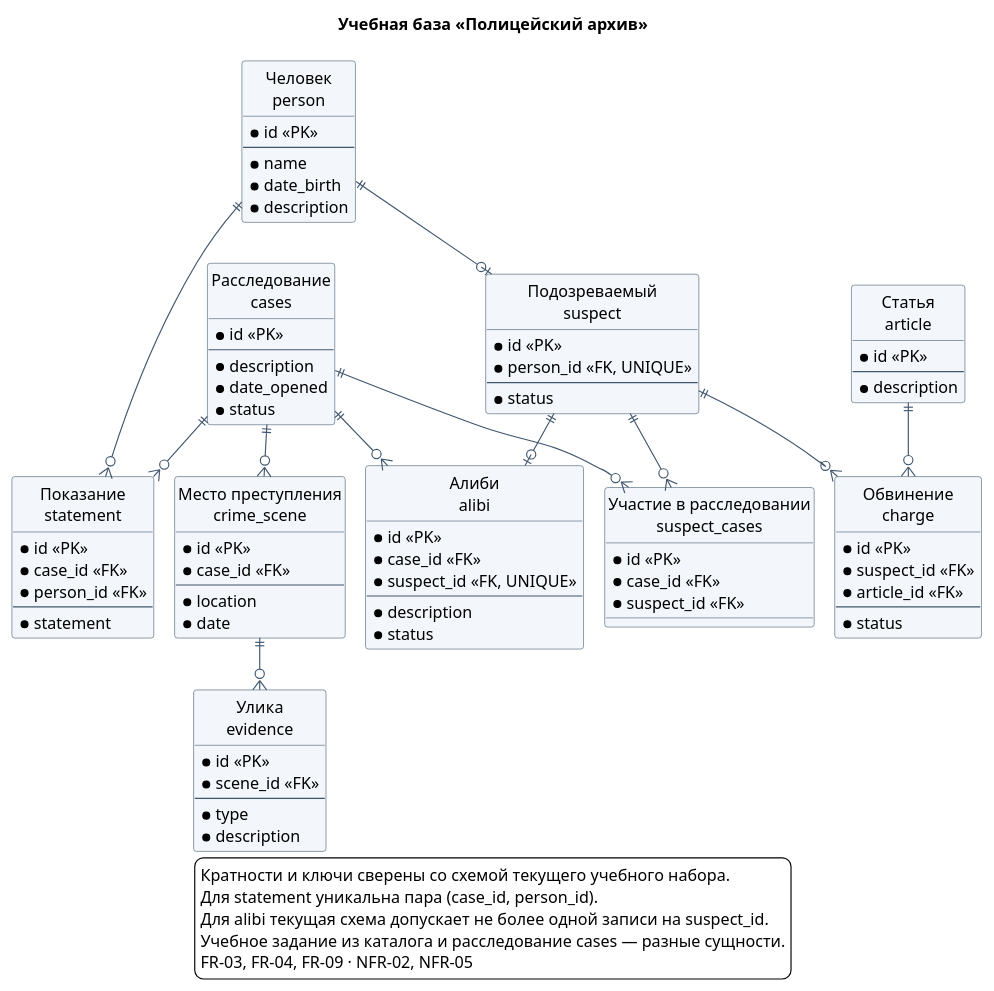
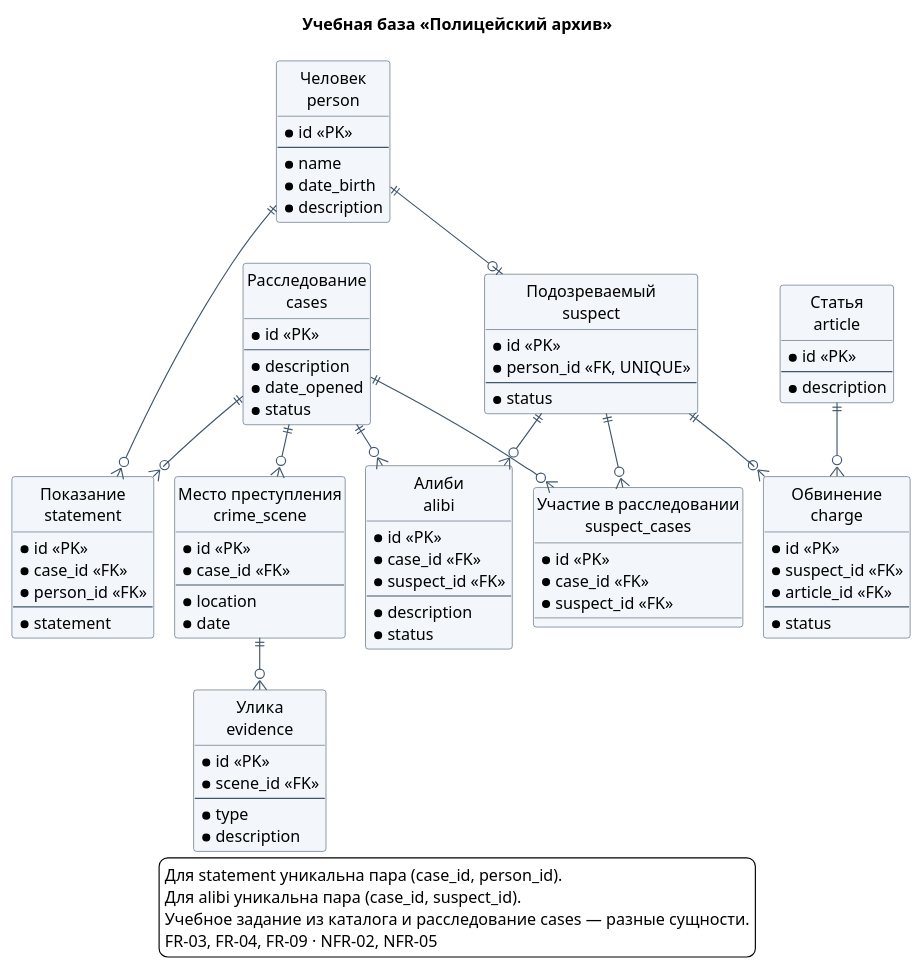
The diagram in assets/investigation-data.puml (cicada-pops/vkr), drawn with PlantUML before and after one commit. The commit also changed 17 other files, not shown here.

```diff
--- a/assets/investigation-data.puml
+++ b/assets/investigation-data.puml
@@ -1,97 +1,96 @@
 @startuml
 !pragma layout smetana
 skinparam defaultFontName Arial
 skinparam defaultFontSize 14
 skinparam backgroundColor white
 skinparam shadowing false
 skinparam linetype ortho
 skinparam classBackgroundColor #F3F6FA
 skinparam classBorderColor #40566D
 skinparam ArrowColor #40566D
 hide circle
 title Учебная база «Полицейский архив»
 entity "Расследование\ncases" as Case {
   * id <<PK>>
   --
   * description
   * date_opened
   * status
 }
 entity "Место преступления\ncrime_scene" as Scene {
   * id <<PK>>
   * case_id <<FK>>
   --
   * location
   * date
 }
 entity "Улика\nevidence" as Evidence {
   * id <<PK>>
   * scene_id <<FK>>
   --
   * type
   * description
 }
 entity "Человек\nperson" as Person {
   * id <<PK>>
   --
   * name
   * date_birth
   * description
 }
 entity "Показание\nstatement" as Statement {
   * id <<PK>>
   * case_id <<FK>>
   * person_id <<FK>>
   --
   * statement
 }
 entity "Подозреваемый\nsuspect" as Suspect {
   * id <<PK>>
   * person_id <<FK, UNIQUE>>
   --
   * status
 }
 entity "Участие в расследовании\nsuspect_cases" as Participation {
   * id <<PK>>
   * case_id <<FK>>
   * suspect_id <<FK>>
 }
 entity "Алиби\nalibi" as Alibi {
   * id <<PK>>
   * case_id <<FK>>
-  * suspect_id <<FK, UNIQUE>>
+  * suspect_id <<FK>>
   --
   * description
   * status
 }
 entity "Обвинение\ncharge" as Charge {
   * id <<PK>>
   * suspect_id <<FK>>
   * article_id <<FK>>
   --
   * status
 }
 entity "Статья\narticle" as Article {
   * id <<PK>>
   --
   * description
 }
 Case ||--o{ Scene
 Scene ||--o{ Evidence
 Case ||--o{ Statement
 Person ||--o{ Statement
 Person ||--o| Suspect
 Case ||--o{ Participation
 Suspect ||--o{ Participation
 Case ||--o{ Alibi
-Suspect ||--o| Alibi
+Suspect ||--o{ Alibi
 Suspect ||--o{ Charge
 Article ||--o{ Charge
 legend bottom
-  Кратности и ключи сверены со схемой текущего учебного набора.
   Для statement уникальна пара (case_id, person_id).
-  Для alibi текущая схема допускает не более одной записи на suspect_id.
+  Для alibi уникальна пара (case_id, suspect_id).
   Учебное задание из каталога и расследование cases — разные сущности.
   FR-03, FR-04, FR-09 · NFR-02, NFR-05
 endlegend
 @enduml
```
